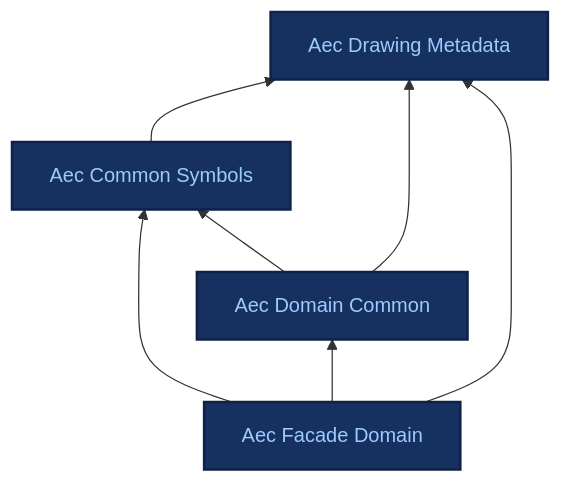
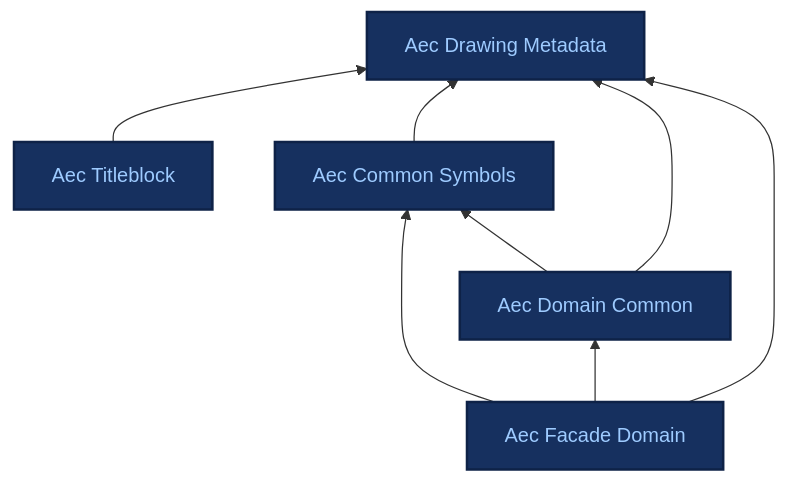
Before and after one commit to BuroHappoldMachineLearning/ADIRO: the diagram in docs/ontologies/index.md, drawn with Mermaid. The commit also changed other lines of this file and 16 other files, not shown here.

First line of the commit message:
feat(aec_titleblock): add new module with initial vocabulary (0.1.0)

````diff
--- a/docs/ontologies/index.md
+++ b/docs/ontologies/index.md
@@ -9,16 +9,18 @@
 ```mermaid
 %%{init: {"themeCSS": ".base .nodeLabel,.base .nodeLabel p,.base text,.base tspan{fill:#9ecbff !important;color:#9ecbff !important}.current .nodeLabel,.current .nodeLabel p,.current text,.current tspan{fill:#16305f !important;color:#16305f !important}"} }%%
 graph BT
     aec_drawing_metadata["Aec Drawing Metadata"]
+    aec_titleblock["Aec Titleblock"]
     aec_common_symbols["Aec Common Symbols"]
     aec_domain_common["Aec Domain Common"]
     aec_facade_domain["Aec Facade Domain"]
+    aec_titleblock --> aec_drawing_metadata
     aec_common_symbols --> aec_drawing_metadata
     aec_domain_common --> aec_common_symbols
     aec_domain_common --> aec_drawing_metadata
     aec_facade_domain --> aec_common_symbols
     aec_facade_domain --> aec_domain_common
     aec_facade_domain --> aec_drawing_metadata
     classDef base fill:#16305f,stroke:#0e2247,stroke-width:2px,color:#9ecbff;
-    class aec_drawing_metadata,aec_common_symbols,aec_domain_common,aec_facade_domain base;
+    class aec_drawing_metadata,aec_titleblock,aec_common_symbols,aec_domain_common,aec_facade_domain base;
 ```
````
